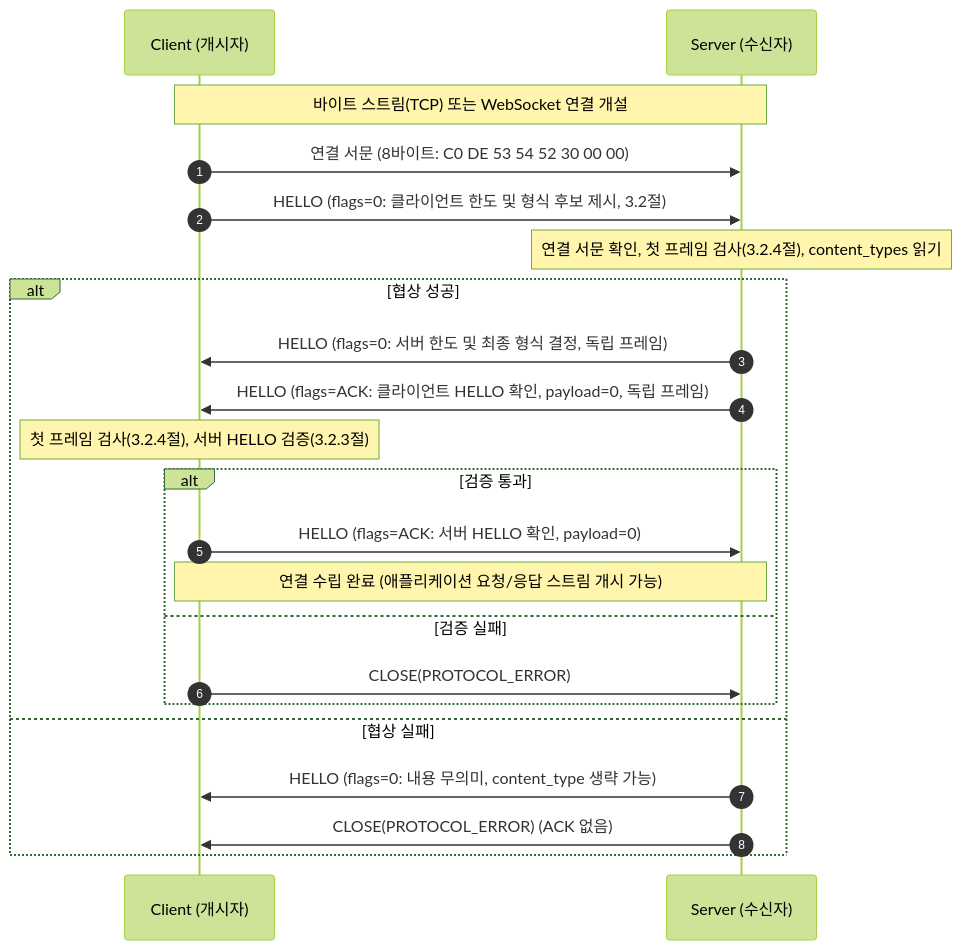
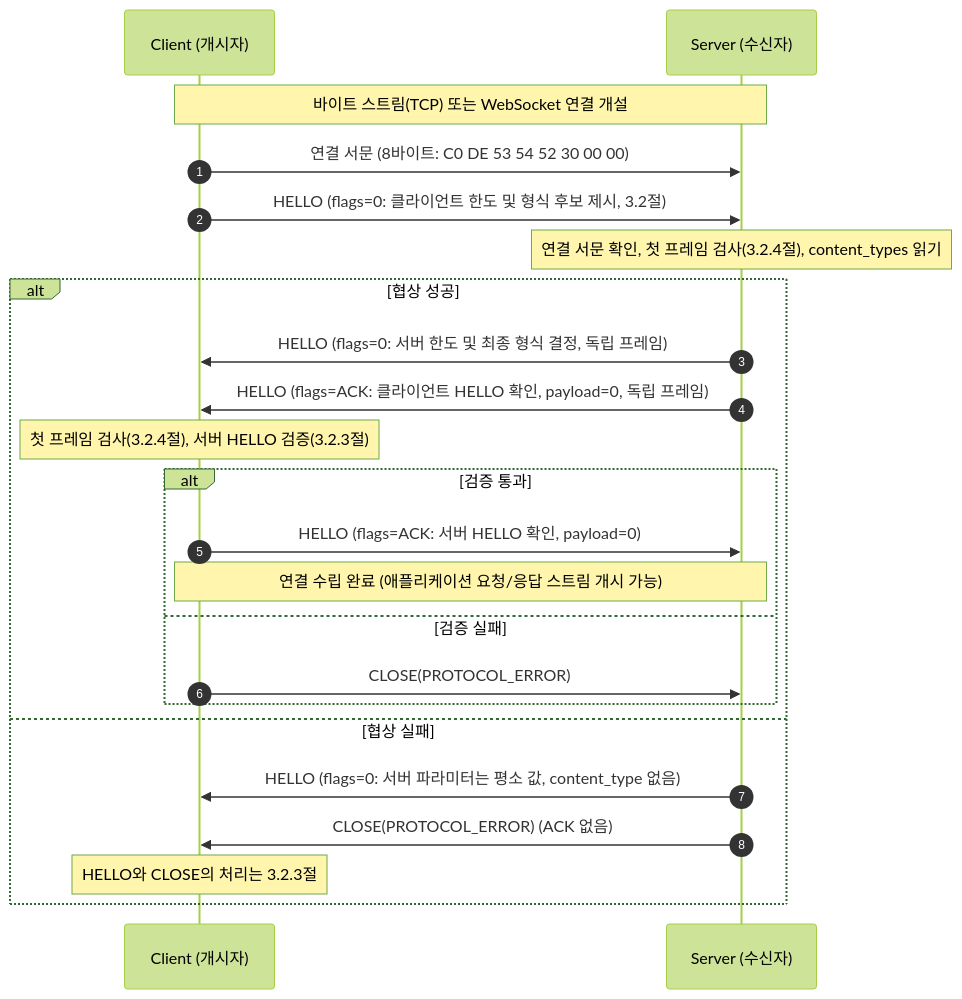
One commit to ppzxc/strand changed the first of 3 diagrams in docs/specification/STRAND_SPECIFICATION.md. Above: the diagram before and after it, drawn with Mermaid (forest theme). The commit also changed other lines of this file and 4 other files, not shown here.

````diff
--- a/docs/specification/STRAND_SPECIFICATION.md
+++ b/docs/specification/STRAND_SPECIFICATION.md
@@ -430,27 +425,28 @@
 ```mermaid
 sequenceDiagram
     autonumber
     participant C as Client (개시자)
     participant S as Server (수신자)
 
     Note over C,S: 바이트 스트림(TCP) 또는 WebSocket 연결 개설
     C->>S: 연결 서문 (8바이트: C0 DE 53 54 52 30 00 00)
     C->>S: HELLO (flags=0: 클라이언트 한도 및 형식 후보 제시, 3.2절)
 
     Note over S: 연결 서문 확인, 첫 프레임 검사(3.2.4절), content_types 읽기
     alt 협상 성공
         S->>C: HELLO (flags=0: 서버 한도 및 최종 형식 결정, 독립 프레임)
         S->>C: HELLO (flags=ACK: 클라이언트 HELLO 확인, payload=0, 독립 프레임)
 
         Note over C: 첫 프레임 검사(3.2.4절), 서버 HELLO 검증(3.2.3절)
         alt 검증 통과
             C->>S: HELLO (flags=ACK: 서버 HELLO 확인, payload=0)
             Note over C,S: 연결 수립 완료 (애플리케이션 요청/응답 스트림 개시 가능)
         else 검증 실패
             C->>S: CLOSE(PROTOCOL_ERROR)
         end
     else 협상 실패
-        S->>C: HELLO (flags=0: 내용 무의미, content_type 생략 가능)
+        S->>C: HELLO (flags=0: 서버 파라미터는 평소 값, content_type 없음)
         S->>C: CLOSE(PROTOCOL_ERROR) (ACK 없음)
+        Note over C: HELLO와 CLOSE의 처리는 3.2.3절
     end
 ```
````
